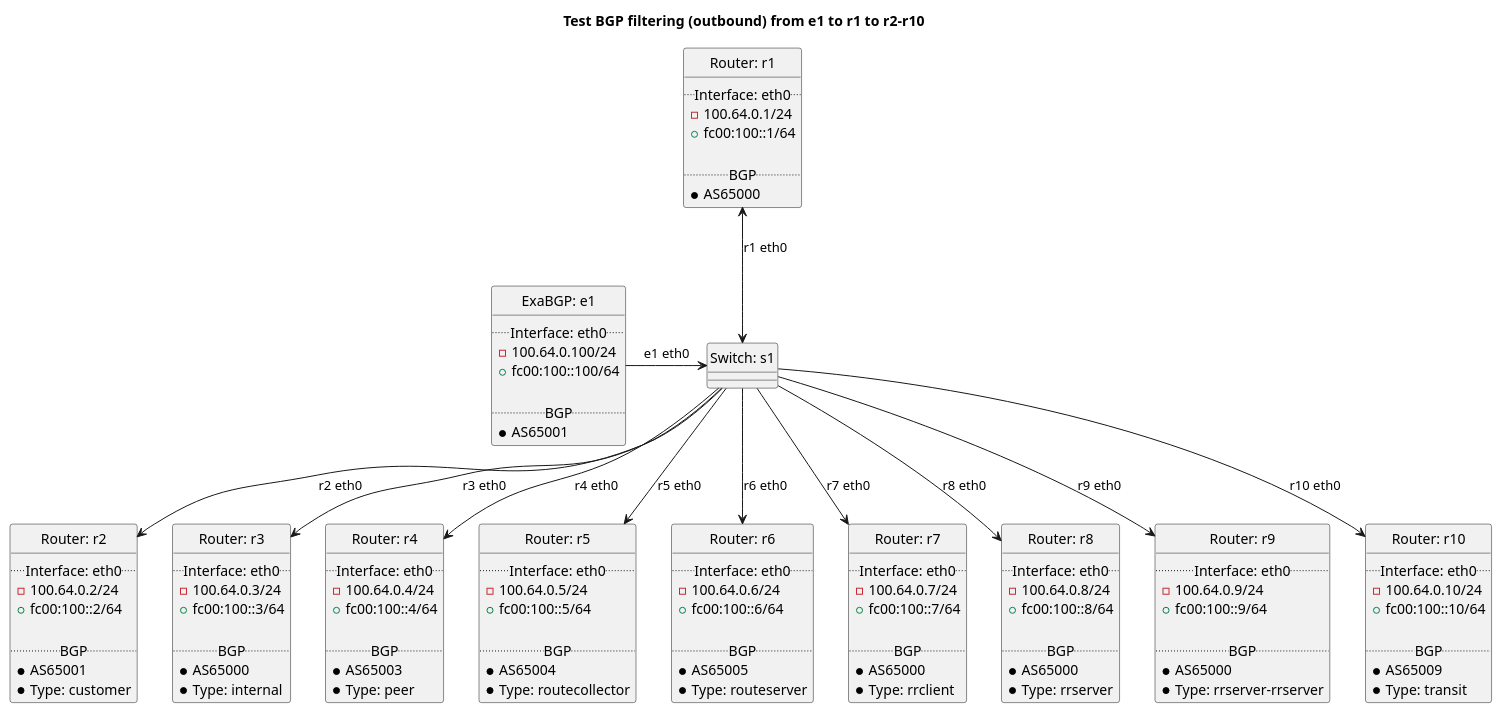
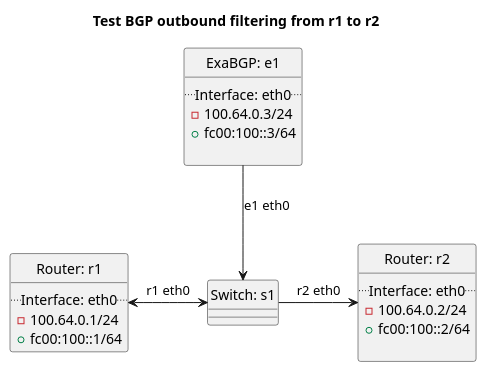
Before and after one commit to oscdev-io/birdplan: the diagram in tests/t40_bgp/t62_filtering_outbound/README.md, drawn with PlantUML. The commit also changed 4480 other files, not shown here.

Commit message:
chore: updated test data for new outbound filtering support

````diff
--- a/tests/t40_bgp/t62_filtering_outbound/README.md
+++ b/tests/t40_bgp/t62_filtering_outbound/README.md
@@ -13,16 +21,13 @@
 ```plantuml
 @startuml
 hide circle
-title Test BGP filtering (outbound) from e1 to r1 to r2-r10
+title Test BGP outbound filtering from r1 to r2
 
 
 class "Router: r1" {
   .. Interface: eth0 ..
 - 100.64.0.1/24
 + fc00:100::1/64
-
-  .. BGP ..
-* AS65000
 }
 
 
@@ -31,124 +36,21 @@
 - 100.64.0.2/24
 + fc00:100::2/64
 
-  .. BGP ..
-* AS65001
-* Type: customer
 }
 
-
-class "Router: r3" {
+class "ExaBGP: e1" {
   .. Interface: eth0 ..
 - 100.64.0.3/24
 + fc00:100::3/64
 
-  .. BGP ..
-* AS65000
-* Type: internal
 }
-
-
-class "Router: r4" {
-  .. Interface: eth0 ..
-- 100.64.0.4/24
-+ fc00:100::4/64
-
-  .. BGP ..
-* AS65003
-* Type: peer
-}
-
-
-class "Router: r5" {
-  .. Interface: eth0 ..
-- 100.64.0.5/24
-+ fc00:100::5/64
-
-  .. BGP ..
-* AS65004
-* Type: routecollector
-}
-
-
-class "Router: r6" {
-  .. Interface: eth0 ..
-- 100.64.0.6/24
-+ fc00:100::6/64
-
-  .. BGP ..
-* AS65005
-* Type: routeserver
-}
-
-
-class "Router: r7" {
-  .. Interface: eth0 ..
-- 100.64.0.7/24
-+ fc00:100::7/64
-
-  .. BGP ..
-* AS65000
-* Type: rrclient
-}
-
-
-class "Router: r8" {
-  .. Interface: eth0 ..
-- 100.64.0.8/24
-+ fc00:100::8/64
-
-  .. BGP ..
-* AS65000
-* Type: rrserver
-}
-
-
-class "Router: r9" {
-  .. Interface: eth0 ..
-- 100.64.0.9/24
-+ fc00:100::9/64
-
-  .. BGP ..
-* AS65000
-* Type: rrserver-rrserver
-}
-
-
-class "Router: r10" {
-  .. Interface: eth0 ..
-- 100.64.0.10/24
-+ fc00:100::10/64
-
-  .. BGP ..
-* AS65009
-* Type: transit
-}
-
-
-class "ExaBGP: e1" {
-  .. Interface: eth0 ..
-- 100.64.0.100/24
-+ fc00:100::100/64
-
-  .. BGP ..
-* AS65001
-}
-
 
 class "Switch: s1" {}
 
-"ExaBGP: e1" -> "Switch: s1": e1 eth0
-"Router: r1" <-down-> "Switch: s1": r1 eth0
-"Switch: s1" -down-> "Router: r2": r2 eth0
-"Switch: s1" -down-> "Router: r3": r3 eth0
-"Switch: s1" -down-> "Router: r4": r4 eth0
-"Switch: s1" -down-> "Router: r5": r5 eth0
-"Switch: s1" -down-> "Router: r6": r6 eth0
-"Switch: s1" -down-> "Router: r7": r7 eth0
-"Switch: s1" -down-> "Router: r8": r8 eth0
-"Switch: s1" -down-> "Router: r9": r9 eth0
-"Switch: s1" -down-> "Router: r10": r10 eth0
 
+"Router: r1" <-> "Switch: s1": r1 eth0
+"Switch: s1" -> "Router: r2": r2 eth0
+"Switch: s1" <-up- "ExaBGP: e1": e1 eth0
 
 
 @enduml
````
